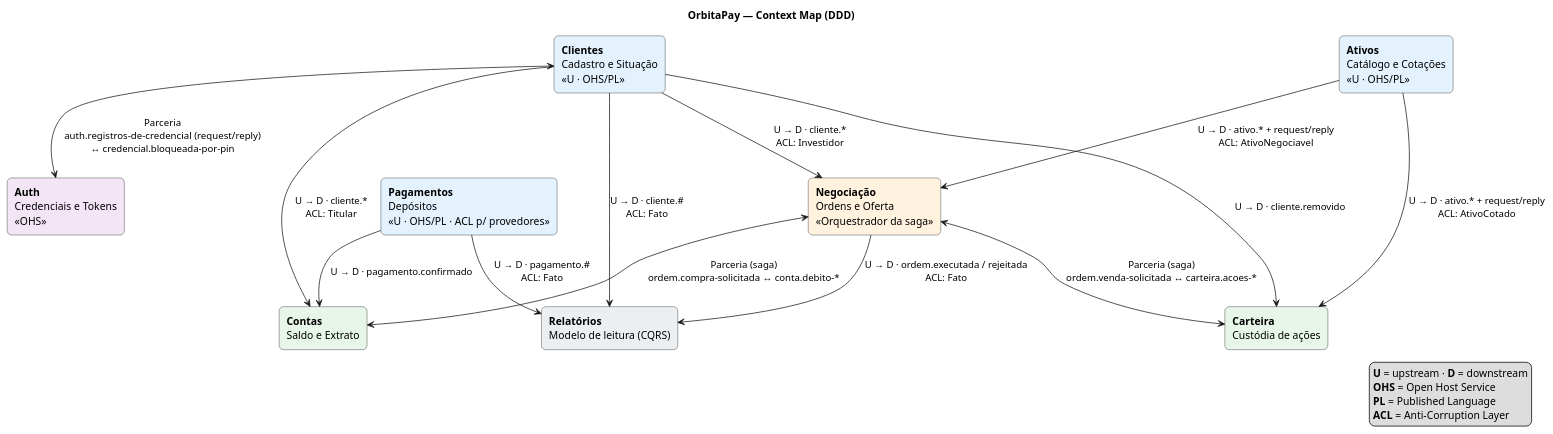
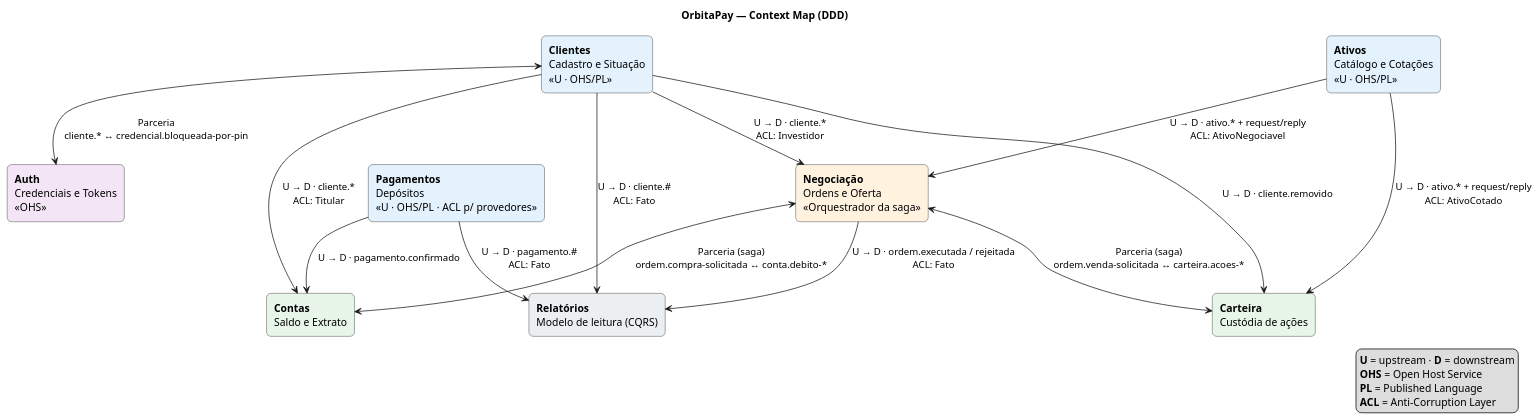
The diagram in docs/plantuml/02-context-map.puml (Endrigogustavo/OrbitaPay), drawn with PlantUML before and after one commit. The commit also changed 53 other files, not shown here.

```diff
--- a/docs/plantuml/02-context-map.puml
+++ b/docs/plantuml/02-context-map.puml
@@ -1,42 +1,42 @@
 @startuml 02-context-map
 title OrbitaPay — Context Map (DDD)
 
 skinparam shadowing false
 skinparam defaultFontName "Segoe UI"
 skinparam rectangle {
   RoundCorner 12
 }
 
 rectangle "**Auth**\nCredenciais e Tokens\n<<OHS>>" as AUT #F3E5F5
 rectangle "**Clientes**\nCadastro e Situação\n<<U · OHS/PL>>" as CLI #E3F2FD
 rectangle "**Ativos**\nCatálogo e Cotações\n<<U · OHS/PL>>" as ATV #E3F2FD
 rectangle "**Negociação**\nOrdens e Oferta\n<<Orquestrador da saga>>" as NEG #FFF3E0
 rectangle "**Contas**\nSaldo e Extrato" as CON #E8F5E9
 rectangle "**Carteira**\nCustódia de ações" as CAR #E8F5E9
 rectangle "**Pagamentos**\nDepósitos\n<<U · OHS/PL · ACL p/ provedores>>" as PAG #E3F2FD
 rectangle "**Relatórios**\nModelo de leitura (CQRS)" as REL #ECEFF1
 
-CLI <--> AUT : Parceria\nauth.registros-de-credencial (request/reply)\n↔ credencial.bloqueada-por-pin
+CLI <--> AUT : Parceria\ncliente.* ↔ credencial.bloqueada-por-pin
 
 CLI --> CON : U → D · cliente.*\nACL: Titular
 CLI --> NEG : U → D · cliente.*\nACL: Investidor
 CLI --> CAR : U → D · cliente.removido
 CLI --> REL : U → D · cliente.#\nACL: Fato
 
 ATV --> NEG : U → D · ativo.* + request/reply\nACL: AtivoNegociavel
 ATV --> CAR : U → D · ativo.* + request/reply\nACL: AtivoCotado
 
 NEG <--> CON : Parceria (saga)\nordem.compra-solicitada ↔ conta.debito-*
 NEG <--> CAR : Parceria (saga)\nordem.venda-solicitada ↔ carteira.acoes-*
 NEG --> REL : U → D · ordem.executada / rejeitada\nACL: Fato
 
 PAG --> CON : U → D · pagamento.confirmado
 PAG --> REL : U → D · pagamento.#\nACL: Fato
 
 legend right
   **U** = upstream · **D** = downstream
   **OHS** = Open Host Service
   **PL** = Published Language
   **ACL** = Anti-Corruption Layer
 endlegend
 @enduml
```
